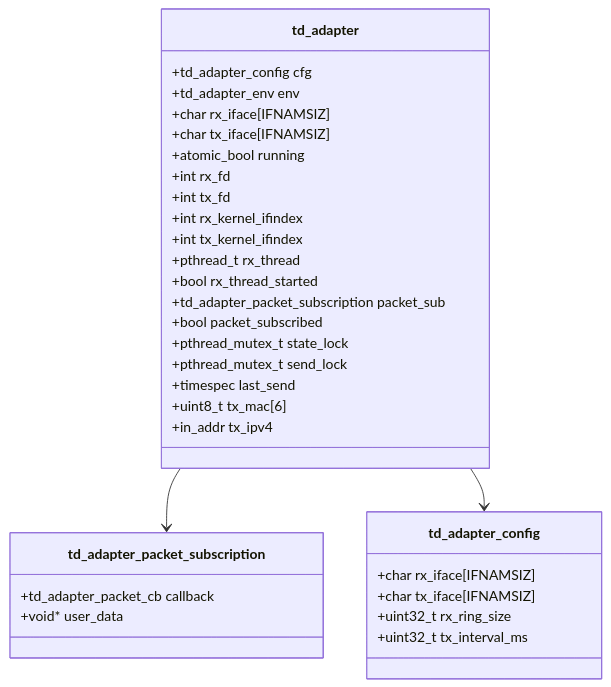
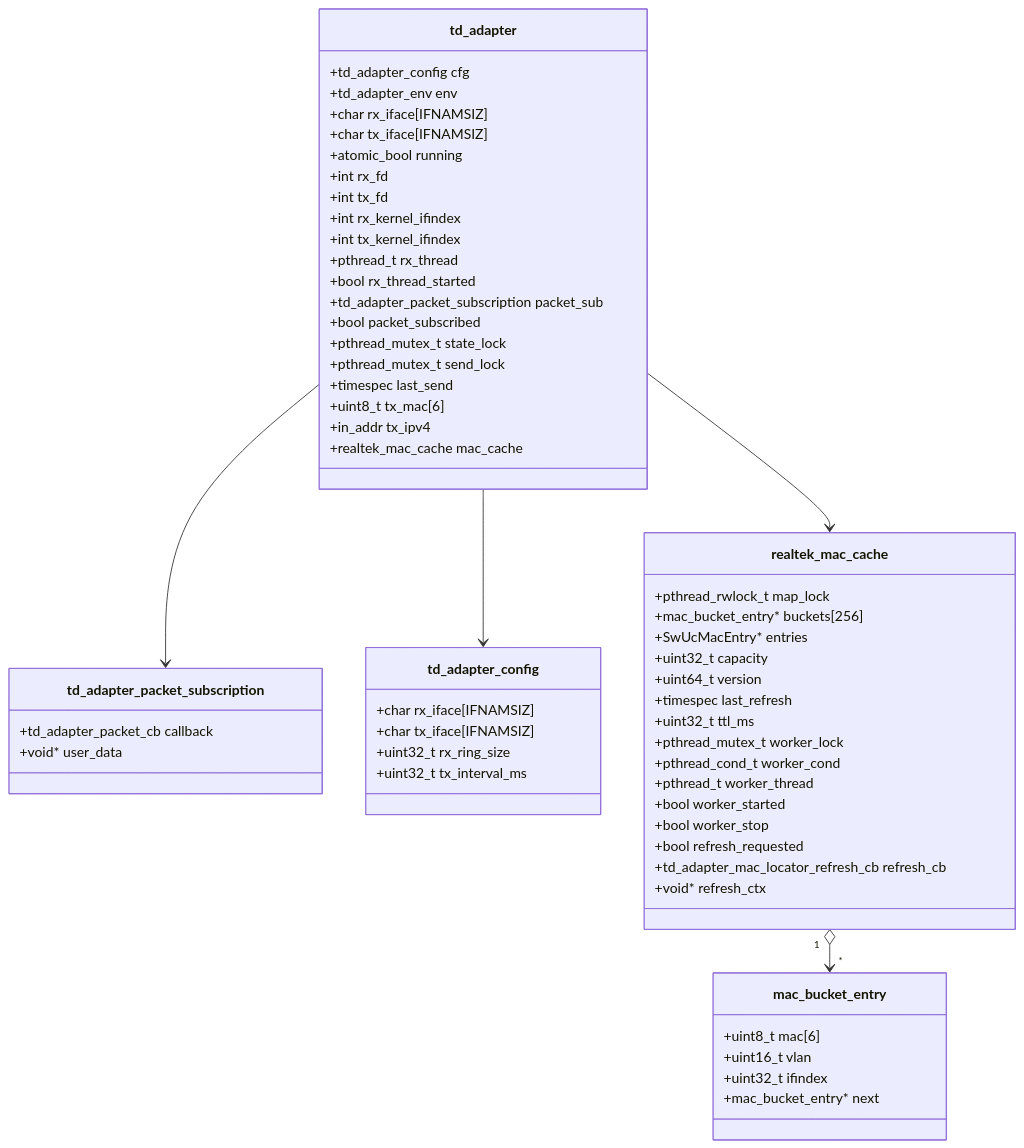
Before and after one commit to adinxu/Demo: the fourth of 9 diagrams in C++/Windows/CodeBlocks/TerminalDiscovery/doc/design/src_overview.md, drawn with Mermaid. The commit also changed other lines of this file, not shown here.

````diff
--- a/C++/Windows/CodeBlocks/TerminalDiscovery/doc/design/src_overview.md
+++ b/C++/Windows/CodeBlocks/TerminalDiscovery/doc/design/src_overview.md
@@ -339,35 +358,61 @@
 ```mermaid
 classDiagram
   class td_adapter {
     +td_adapter_config cfg
     +td_adapter_env env
     +char rx_iface[IFNAMSIZ]
     +char tx_iface[IFNAMSIZ]
     +atomic_bool running
     +int rx_fd
     +int tx_fd
-  +int rx_kernel_ifindex
-  +int tx_kernel_ifindex
+    +int rx_kernel_ifindex
+    +int tx_kernel_ifindex
     +pthread_t rx_thread
     +bool rx_thread_started
     +td_adapter_packet_subscription packet_sub
     +bool packet_subscribed
     +pthread_mutex_t state_lock
     +pthread_mutex_t send_lock
     +timespec last_send
     +uint8_t tx_mac[6]
     +in_addr tx_ipv4
+    +realtek_mac_cache mac_cache
   }
   class td_adapter_packet_subscription {
     +td_adapter_packet_cb callback
     +void* user_data
   }
   class td_adapter_config {
     +char rx_iface[IFNAMSIZ]
     +char tx_iface[IFNAMSIZ]
     +uint32_t rx_ring_size
     +uint32_t tx_interval_ms
   }
+  class realtek_mac_cache {
+    +pthread_rwlock_t map_lock
+    +mac_bucket_entry* buckets[256]
+    +SwUcMacEntry* entries
+    +uint32_t capacity
+    +uint64_t version
+    +timespec last_refresh
+    +uint32_t ttl_ms
+    +pthread_mutex_t worker_lock
+    +pthread_cond_t worker_cond
+    +pthread_t worker_thread
+    +bool worker_started
+    +bool worker_stop
+    +bool refresh_requested
+    +td_adapter_mac_locator_refresh_cb refresh_cb
+    +void* refresh_ctx
+  }
+  class mac_bucket_entry {
+    +uint8_t mac[6]
+    +uint16_t vlan
+    +uint32_t ifindex
+    +mac_bucket_entry* next
+  }
   td_adapter --> td_adapter_packet_subscription
   td_adapter --> td_adapter_config
+  td_adapter --> realtek_mac_cache
+  realtek_mac_cache "1" o--> "*" mac_bucket_entry
 ```
````
